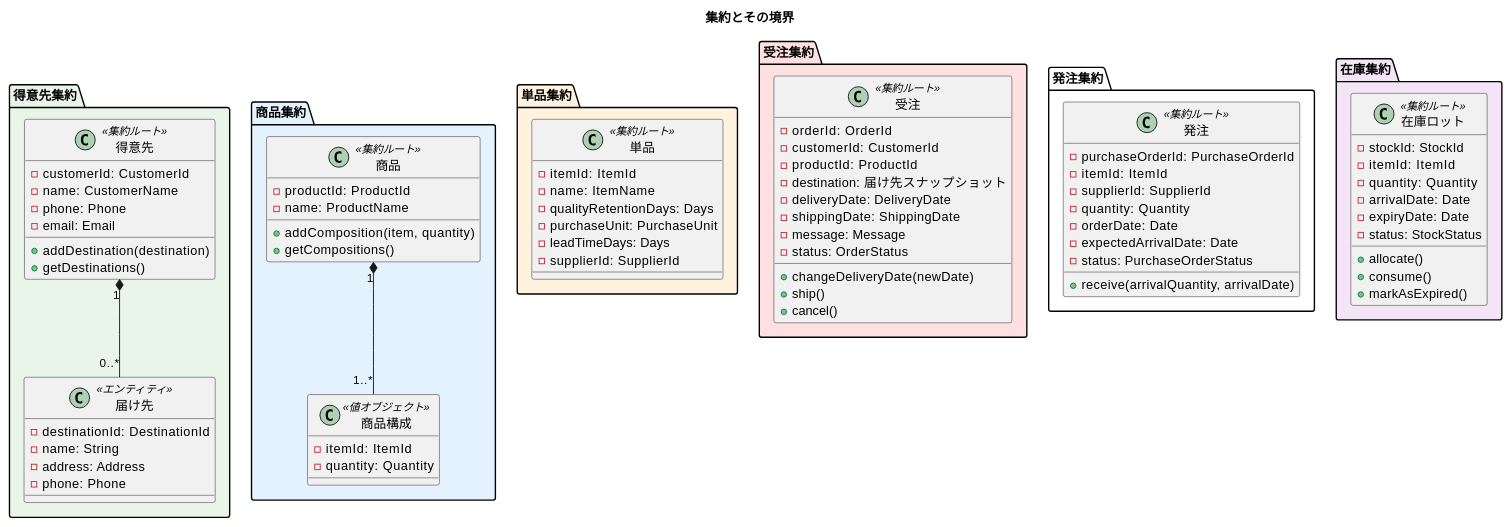
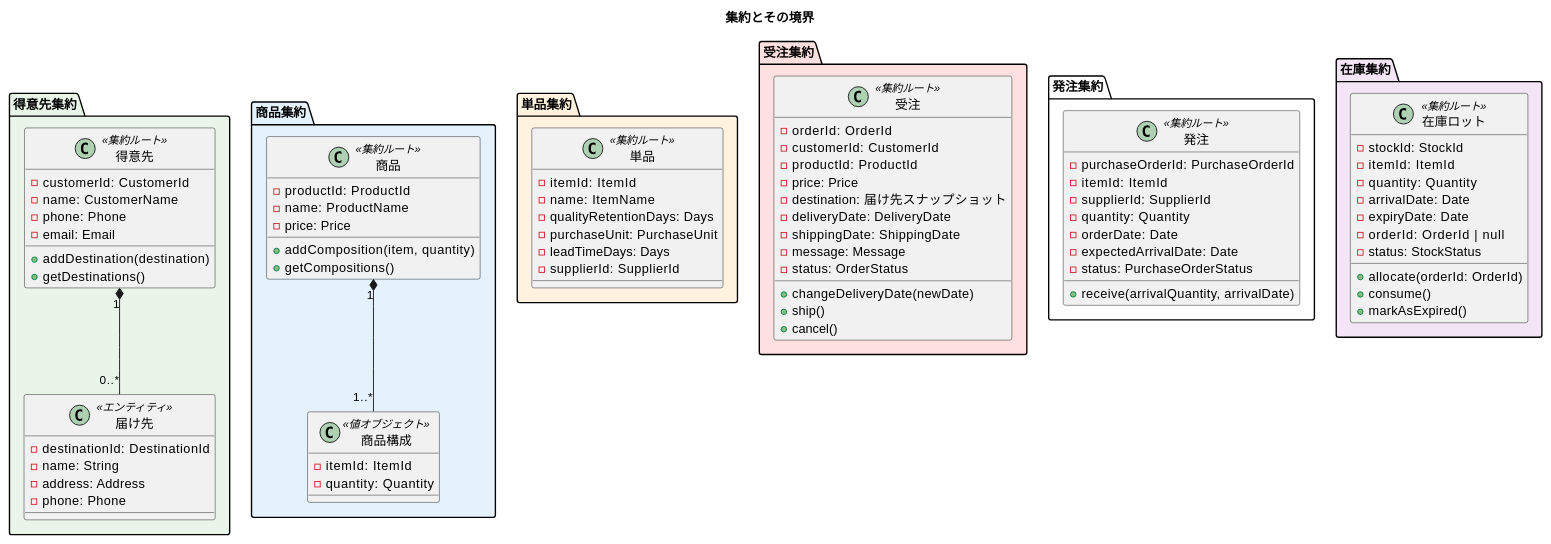
The first of 6 diagrams in docs/design/domain-model.md (k2works/case-study-sdd-development), drawn with PlantUML before and after one commit. The commit also changed other lines of this file and 3 other files, not shown here.

```diff
--- a/docs/design/domain-model.md
+++ b/docs/design/domain-model.md
@@ -51,6 +51,7 @@
   class 商品 <<集約ルート>> {
     - productId: ProductId
     - name: ProductName
+    - price: Price
     + addComposition(item, quantity)
     + getCompositions()
   }
@@ -77,6 +78,7 @@
     - orderId: OrderId
     - customerId: CustomerId
     - productId: ProductId
+    - price: Price
     - destination: 届け先スナップショット
     - deliveryDate: DeliveryDate
     - shippingDate: ShippingDate
@@ -108,8 +110,9 @@
     - quantity: Quantity
     - arrivalDate: Date
     - expiryDate: Date
+    - orderId: OrderId | null
     - status: StockStatus
-    + allocate()
+    + allocate(orderId: OrderId)
     + consume()
     + markAsExpired()
   }
```
